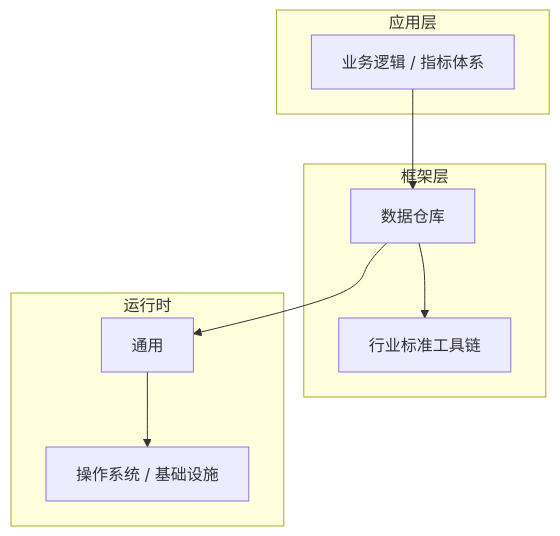
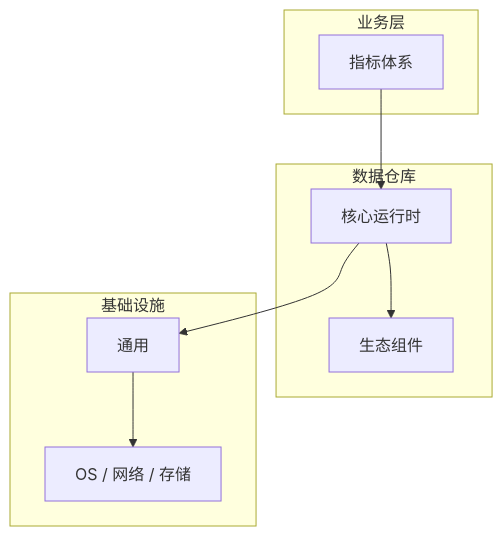
Before and after one commit to yanggan2015/knowledge-json-v2: the diagram in articles/数据仓库/chapters/046-指标体系核心概念与原理.md, drawn with Mermaid. The commit also changed other lines of this file and 10127 other files, not shown here.

````diff
--- a/articles/数据仓库/chapters/046-指标体系核心概念与原理.md
+++ b/articles/数据仓库/chapters/046-指标体系核心概念与原理.md
@@ -45,18 +34,18 @@
 ```mermaid
 graph TB
-    subgraph 应用层
-        A[业务逻辑 / 指标体系]
+    subgraph 业务层
+        A[指标体系]
     end
-    subgraph 框架层
-        B[数据仓库]
-        C[行业标准工具链]
+    subgraph 数据仓库
+        B[核心运行时]
+        C[生态组件]
     end
-    subgraph 运行时
+    subgraph 基础设施
         D[通用]
-        E[操作系统 / 基础设施]
+        E[OS / 网络 / 存储]
     end
     A --> B
     B --> C
     B --> D
     D --> E
 ```
````
